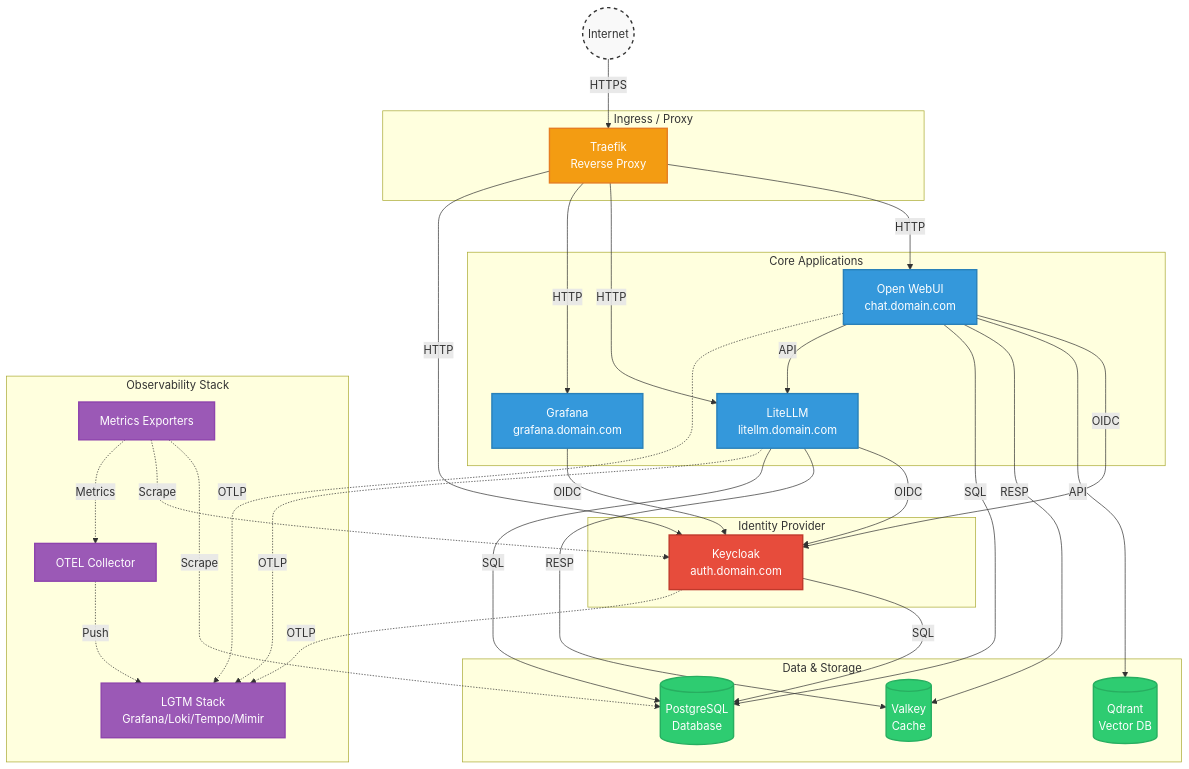
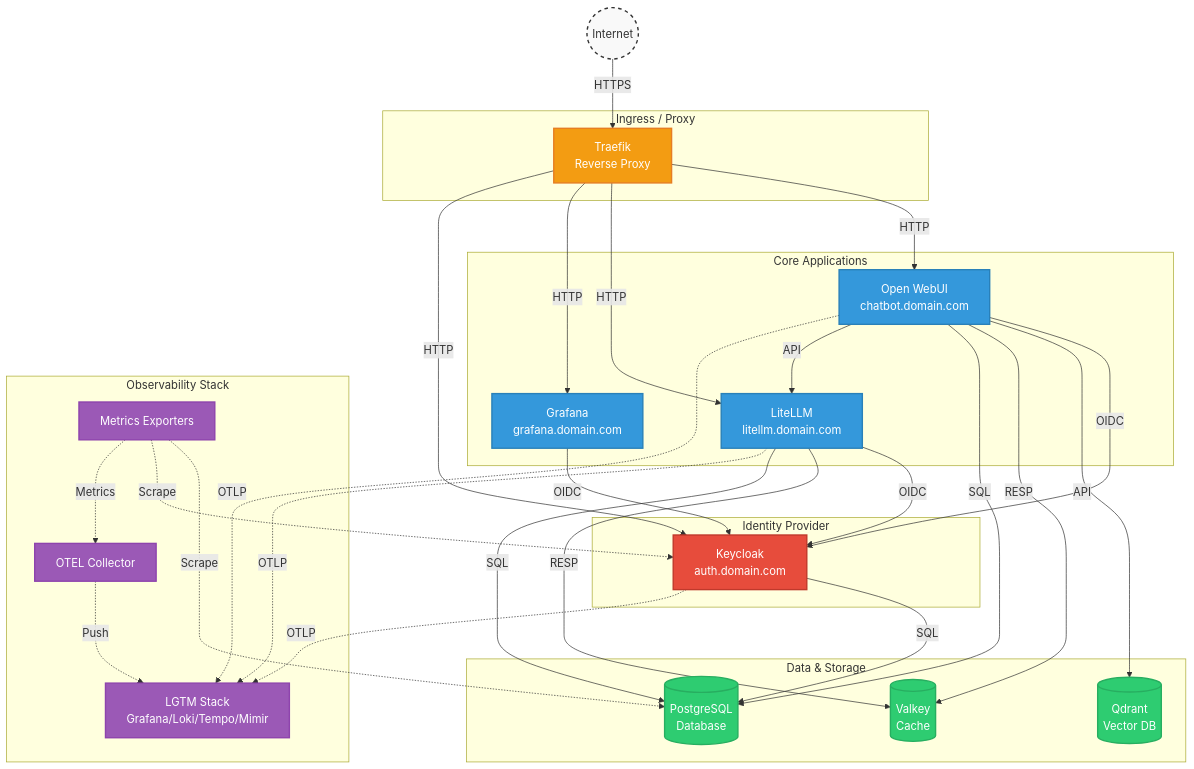
One commit to krousenick/openwebui-stack changed the diagram in README.md. Above: the diagram before and after it, drawn with Mermaid. The commit also changed other lines of this file and 4 other files, not shown here.

Commit message:
-update chat to chatbot

````diff
--- a/README.md
+++ b/README.md
@@ -7,72 +7,72 @@
 ```mermaid
 graph TB
     classDef internet fill:#f9f9f9,stroke:#333,stroke-width:2px,color:#333,stroke-dasharray: 5 5;
     classDef proxy fill:#f39c12,stroke:#e67e22,stroke-width:2px,color:#fff;
     classDef app fill:#3498db,stroke:#2980b9,stroke-width:2px,color:#fff;
     classDef db fill:#2ecc71,stroke:#27ae60,stroke-width:2px,color:#fff;
     classDef auth fill:#e74c3c,stroke:#c0392b,stroke-width:2px,color:#fff;
     classDef obs fill:#9b59b6,stroke:#8e44ad,stroke-width:2px,color:#fff;
 
     Internet((Internet)):::internet
 
     subgraph Ingress [Ingress / Proxy]
         Traefik[Traefik<br/>Reverse Proxy]:::proxy
     end
 
     subgraph Core [Core Applications]
-        OpenWebUI[Open WebUI<br/>chat.domain.com]:::app
+        OpenWebUI[Open WebUI<br/>chatbot.domain.com]:::app
         LiteLLM[LiteLLM<br/>litellm.domain.com]:::app
         Grafana[Grafana<br/>grafana.domain.com]:::app
     end
 
     subgraph Auth [Identity Provider]
         Keycloak[Keycloak<br/>auth.domain.com]:::auth
     end
 
     subgraph Data [Data & Storage]
         Qdrant[(Qdrant<br/>Vector DB)]:::db
         Valkey[(Valkey<br/>Cache)]:::db
         PostgreSQL[(PostgreSQL<br/>Database)]:::db
     end
 
     subgraph Observability [Observability Stack]
         LGTM[LGTM Stack<br/>Grafana/Loki/Tempo/Mimir]:::obs
         OTEL[OTEL Collector]:::obs
         Exporters[Metrics Exporters]:::obs
     end
     
     %% Traffic flow
     Internet -->|HTTPS| Traefik
     
     Traefik -->|HTTP| OpenWebUI
     Traefik -->|HTTP| LiteLLM
     Traefik -->|HTTP| Grafana
     Traefik -->|HTTP| Keycloak
     
     %% SSO flow
     OpenWebUI -->|OIDC| Keycloak
     LiteLLM -->|OIDC| Keycloak
     Grafana -->|OIDC| Keycloak
     
     OpenWebUI -->|API| Qdrant
     OpenWebUI -->|RESP| Valkey
     OpenWebUI -->|SQL| PostgreSQL
 
     OpenWebUI -->|API| LiteLLM
     
     LiteLLM -->|RESP| Valkey
     LiteLLM -->|SQL| PostgreSQL
     
     Keycloak -->|SQL| PostgreSQL
     
     %% Exporters querying targets
     Exporters -.->|Scrape| PostgreSQL
     Exporters -.->|Scrape| Keycloak
     
     %% Telemetry flow (dashed)
     LiteLLM -.->|OTLP| LGTM
     OpenWebUI -.->|OTLP| LGTM
     Keycloak -.->|OTLP| LGTM
     Exporters -.->|Metrics| OTEL
     OTEL -.->|Push| LGTM
 ```
````
